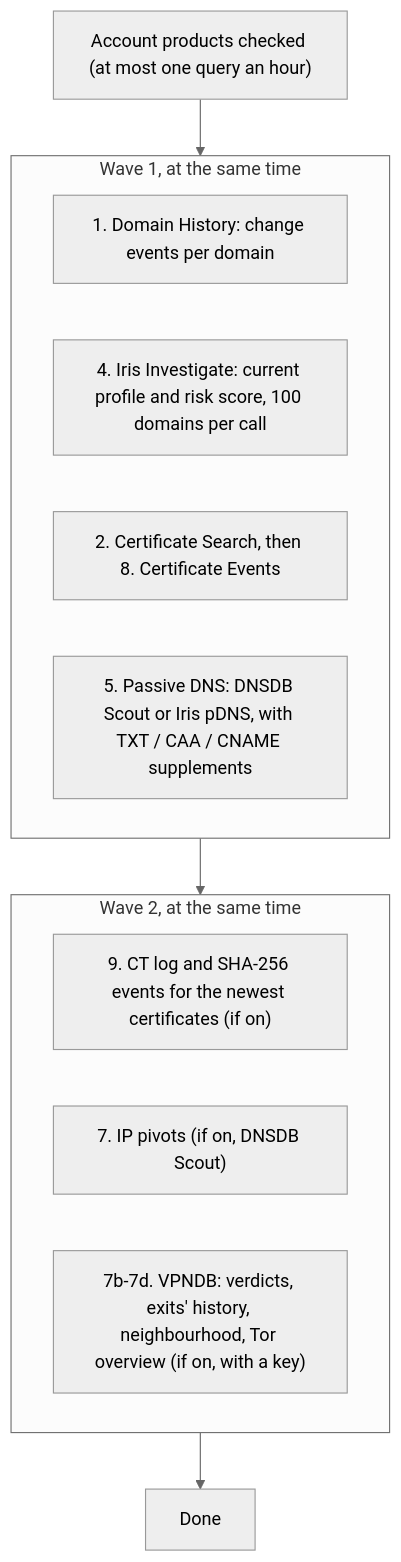
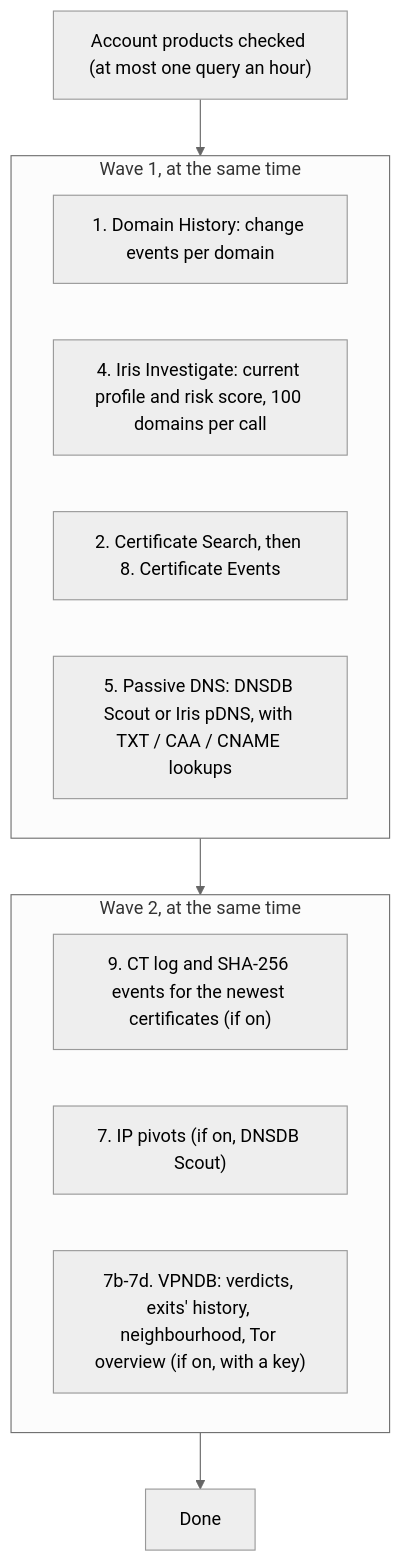
One commit to mmesojedec/DomainTools_Analysis_Detection changed the fourth of 8 diagrams in docs/WORKFLOWS.md. Above: the diagram before and after it, drawn with Mermaid (neutral theme). The commit also changed other lines of this file and 28 other files, not shown here.

````diff
--- a/docs/WORKFLOWS.md
+++ b/docs/WORKFLOWS.md
@@ -110,17 +110,17 @@
 ```mermaid
 flowchart TD
     A["Account products checked (at most one query an hour)"] --> W1
     subgraph W1["Wave 1, at the same time"]
         S1["1. Domain History: change events per domain"]
         S4["4. Iris Investigate: current profile and risk score, 100 domains per call"]
         S2["2. Certificate Search, then 8. Certificate Events"]
-        S5["5. Passive DNS: DNSDB Scout or Iris pDNS, with TXT / CAA / CNAME supplements"]
+        S5["5. Passive DNS: DNSDB Scout or Iris pDNS, with TXT / CAA / CNAME lookups"]
     end
     W1 --> W2
     subgraph W2["Wave 2, at the same time"]
         S9["9. CT log and SHA-256 events for the newest certificates (if on)"]
         S7["7. IP pivots (if on, DNSDB Scout)"]
         S7w["7b-7d. VPNDB: verdicts, exits' history, neighbourhood, Tor overview (if on, with a key)"]
     end
     W2 --> Z["Done"]
 ```
````
